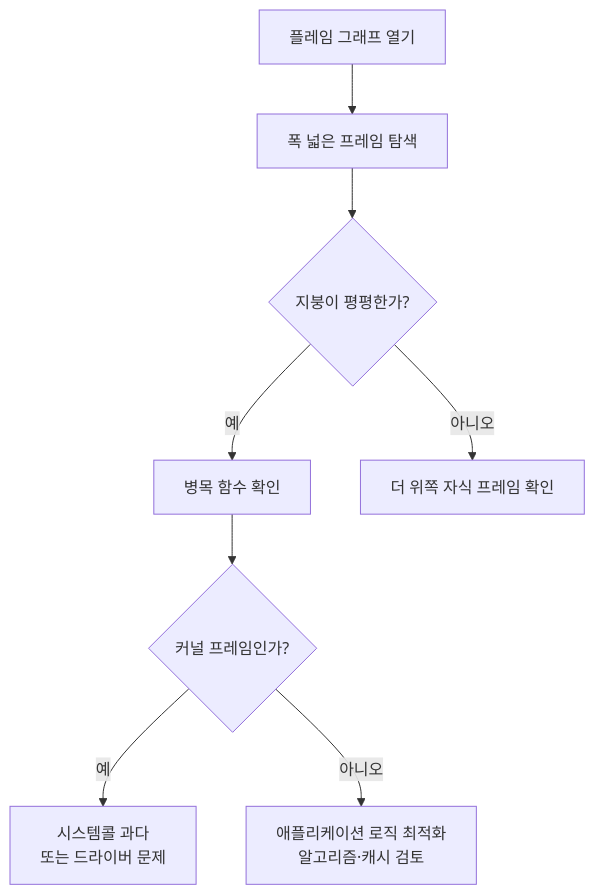
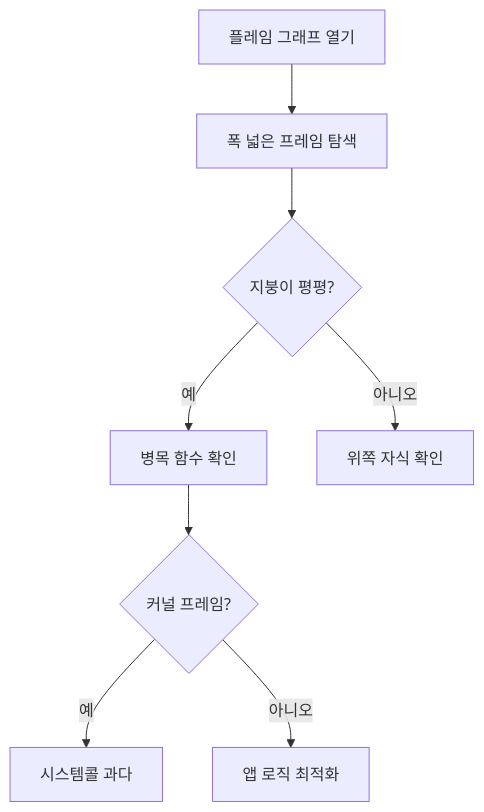
Before and after one commit to moonblueblue/devops-wiki: the fifth of 5 diagrams in content/linux/performance/flame-graph.md, drawn with Mermaid. The commit also changed other lines of this file and 12 other files, not shown here.

First line of the commit message:
style: linux 섹션 전체 ASCII art 제거 및 Mermaid 규칙 적용

````diff
--- a/content/linux/performance/flame-graph.md
+++ b/content/linux/performance/flame-graph.md
@@ -640,10 +645,10 @@
 ```mermaid
 flowchart TD
     A[플레임 그래프 열기] --> B[폭 넓은 프레임 탐색]
-    B --> C{지붕이 평평한가?}
+    B --> C{지붕이 평평?}
     C -->|예| D[병목 함수 확인]
-    C -->|아니오| E[더 위쪽 자식 프레임 확인]
-    D --> F{커널 프레임인가?}
-    F -->|예| G[시스템콜 과다\n또는 드라이버 문제]
-    F -->|아니오| H[애플리케이션 로직 최적화\n알고리즘·캐시 검토]
+    C -->|아니오| E[위쪽 자식 확인]
+    D --> F{커널 프레임?}
+    F -->|예| G[시스템콜 과다]
+    F -->|아니오| H[앱 로직 최적화]
 ```
````
